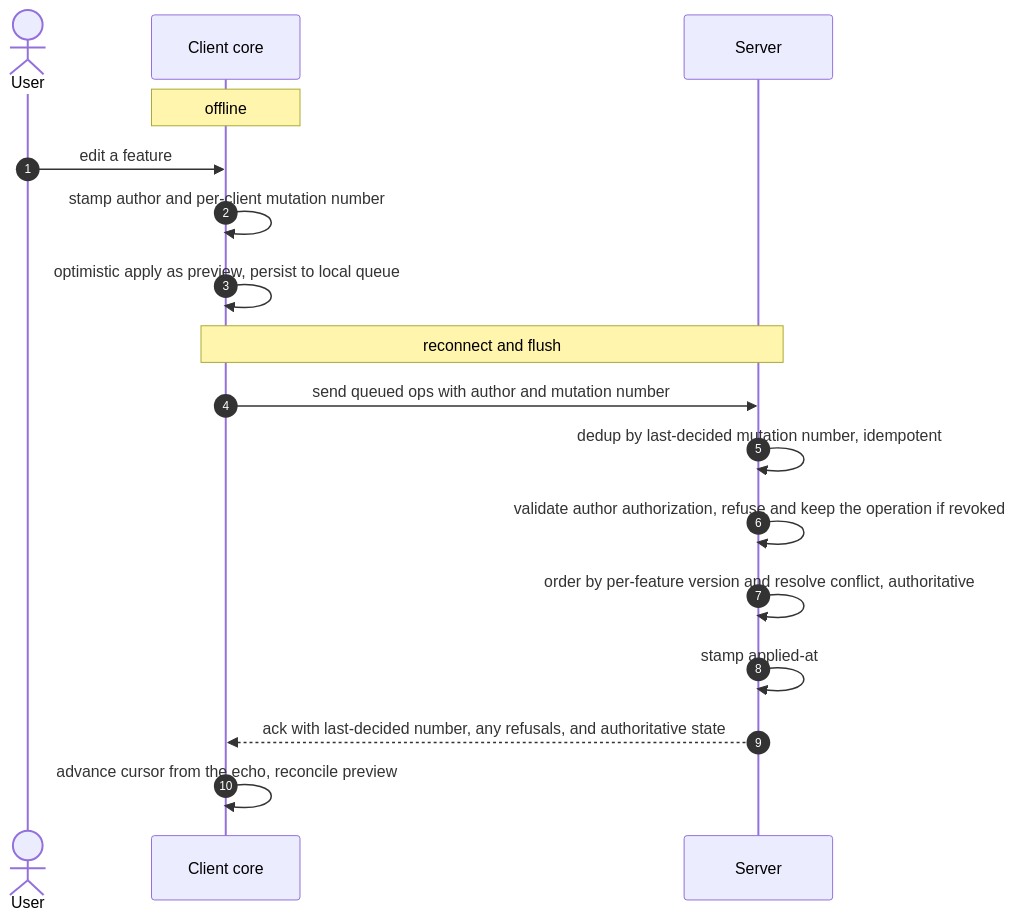
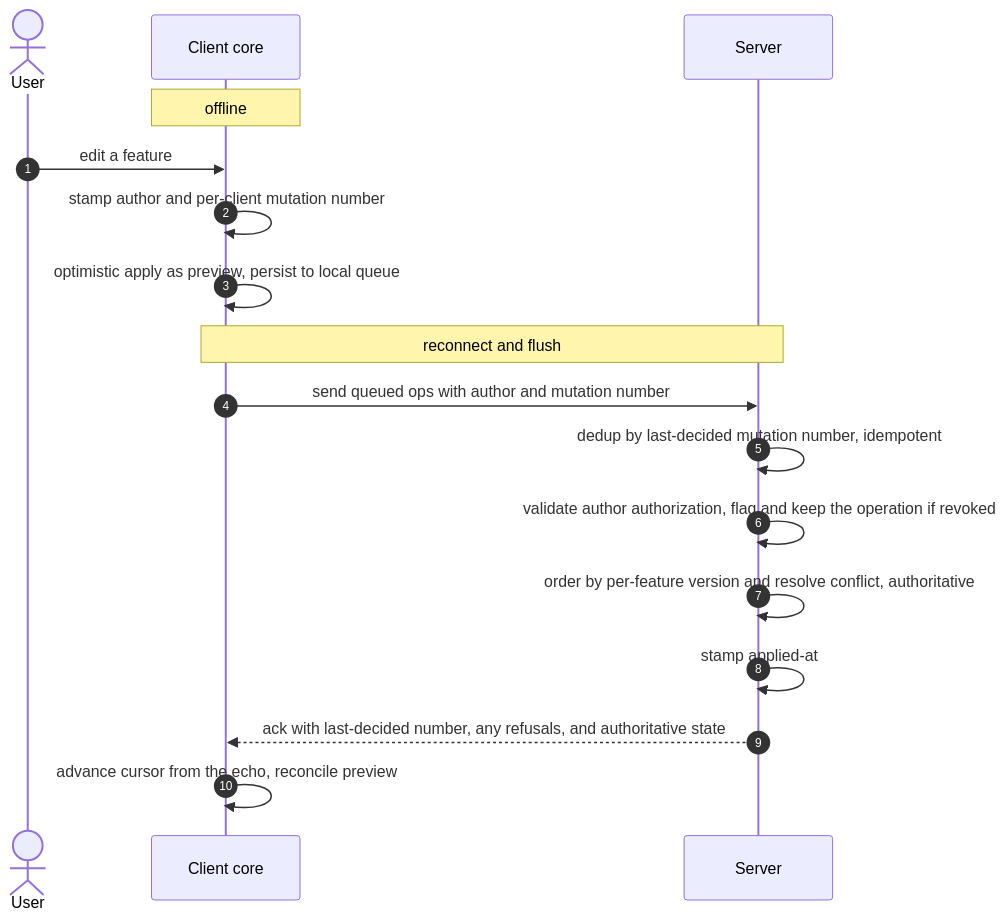
The second of 4 diagrams in specs/mapsift-foundation.md (johnsilverio/mapsift), drawn with Mermaid before and after one commit. The commit also changed other lines of this file and 6 other files, not shown here.

````diff
--- a/specs/mapsift-foundation.md
+++ b/specs/mapsift-foundation.md
@@ -541,19 +541,19 @@
 ```mermaid
 sequenceDiagram
     autonumber
     actor U as User
     participant C as Client core
     participant S as Server
     Note over C: offline
     U->>C: edit a feature
     C->>C: stamp author and per-client mutation number
     C->>C: optimistic apply as preview, persist to local queue
     Note over C,S: reconnect and flush
     C->>S: send queued ops with author and mutation number
     S->>S: dedup by last-decided mutation number, idempotent
-    S->>S: validate author authorization, refuse and keep the operation if revoked
+    S->>S: validate author authorization, flag and keep the operation if revoked
     S->>S: order by per-feature version and resolve conflict, authoritative
     S->>S: stamp applied-at
     S-->>C: ack with last-decided number, any refusals, and authoritative state
     C->>C: advance cursor from the echo, reconcile preview
 ```
````
